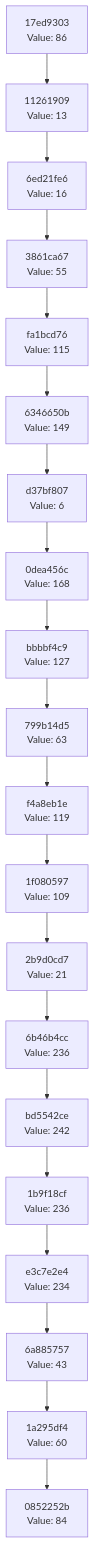
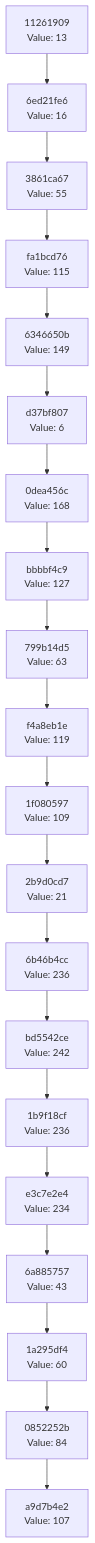
Before and after one commit to Abhisheksinha1506/hash-chain-evolver: the diagram in docs/CHAIN_VISUALIZATION.md, drawn with Mermaid. The commit also changed 2 other files, not shown here.

Commit message:
Evolution Step

````diff
--- a/docs/CHAIN_VISUALIZATION.md
+++ b/docs/CHAIN_VISUALIZATION.md
@@ -3,42 +3,42 @@
 ```mermaid
 graph TD
-    C0["0852252b<br/>Value: 84"]
-    C1["1a295df4<br/>Value: 60"]
+    C0["a9d7b4e2<br/>Value: 107"]
+    C1["0852252b<br/>Value: 84"]
     C1 --> C0
-    C2["6a885757<br/>Value: 43"]
+    C2["1a295df4<br/>Value: 60"]
     C2 --> C1
-    C3["e3c7e2e4<br/>Value: 234"]
+    C3["6a885757<br/>Value: 43"]
     C3 --> C2
-    C4["1b9f18cf<br/>Value: 236"]
+    C4["e3c7e2e4<br/>Value: 234"]
     C4 --> C3
-    C5["bd5542ce<br/>Value: 242"]
+    C5["1b9f18cf<br/>Value: 236"]
     C5 --> C4
-    C6["6b46b4cc<br/>Value: 236"]
+    C6["bd5542ce<br/>Value: 242"]
     C6 --> C5
-    C7["2b9d0cd7<br/>Value: 21"]
+    C7["6b46b4cc<br/>Value: 236"]
     C7 --> C6
-    C8["1f080597<br/>Value: 109"]
+    C8["2b9d0cd7<br/>Value: 21"]
     C8 --> C7
-    C9["f4a8eb1e<br/>Value: 119"]
+    C9["1f080597<br/>Value: 109"]
     C9 --> C8
-    C10["799b14d5<br/>Value: 63"]
+    C10["f4a8eb1e<br/>Value: 119"]
     C10 --> C9
-    C11["bbbbf4c9<br/>Value: 127"]
+    C11["799b14d5<br/>Value: 63"]
     C11 --> C10
-    C12["0dea456c<br/>Value: 168"]
+    C12["bbbbf4c9<br/>Value: 127"]
     C12 --> C11
-    C13["d37bf807<br/>Value: 6"]
+    C13["0dea456c<br/>Value: 168"]
     C13 --> C12
-    C14["6346650b<br/>Value: 149"]
+    C14["d37bf807<br/>Value: 6"]
     C14 --> C13
-    C15["fa1bcd76<br/>Value: 115"]
+    C15["6346650b<br/>Value: 149"]
     C15 --> C14
-    C16["3861ca67<br/>Value: 55"]
+    C16["fa1bcd76<br/>Value: 115"]
     C16 --> C15
-    C17["6ed21fe6<br/>Value: 16"]
+    C17["3861ca67<br/>Value: 55"]
     C17 --> C16
-    C18["11261909<br/>Value: 13"]
+    C18["6ed21fe6<br/>Value: 16"]
     C18 --> C17
-    C19["17ed9303<br/>Value: 86"]
+    C19["11261909<br/>Value: 13"]
     C19 --> C18
 ```
````
